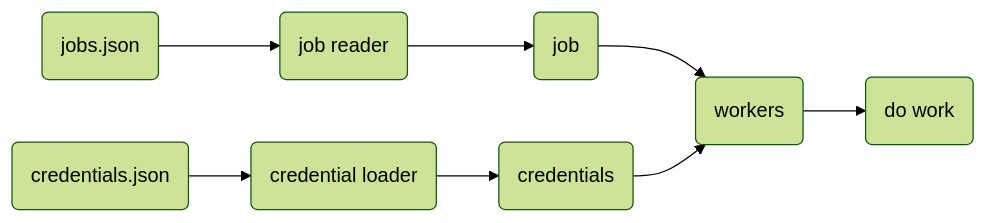
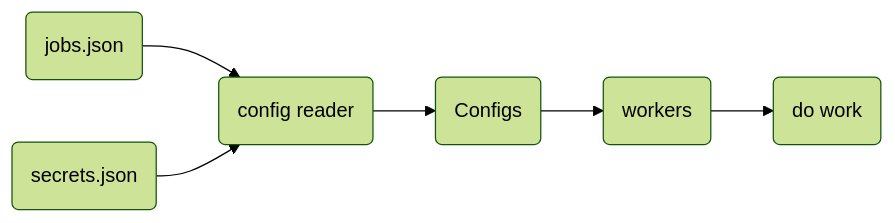
The diagram in docs/docs/index.md (yemaney/seli), drawn with Mermaid (forest theme) before and after one commit. The commit also changed other lines of this file and 1 other file, not shown here.

Commit message:
📝 : update docs w diagram, secrets, examples

````diff
--- a/docs/docs/index.md
+++ b/docs/docs/index.md
@@ -14,10 +14,8 @@
 ```mermaid
 flowchart LR
   1(jobs.json) --> 3;
-  2(credentials.json) --> 4;
-  3(job reader) --> 5;
-  4(credential loader) --> 6;
-  5(job) --> 7;
-  6(credentials) --> 7;
-  7(workers) --> 8(do work)
+  2(secrets.json) --> 3;
+  3(config reader) --> 4;
+  4(Configs) --> 5;
+  5(workers) --> 6(do work)
 ```
````
